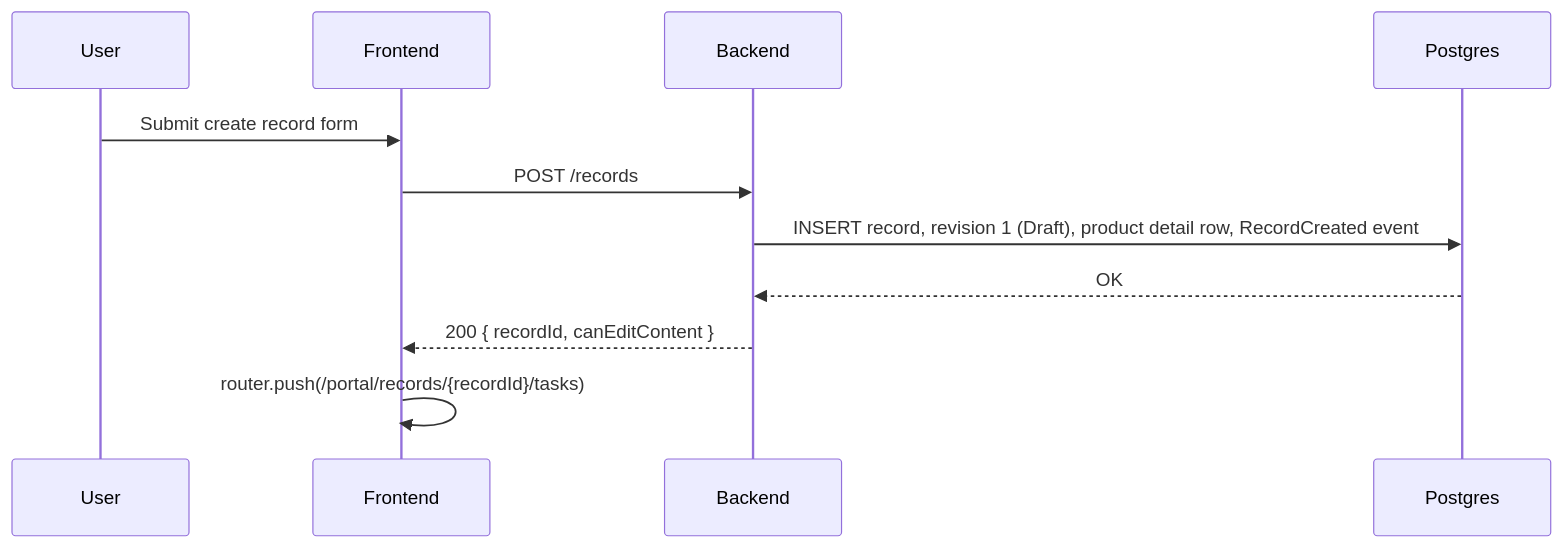
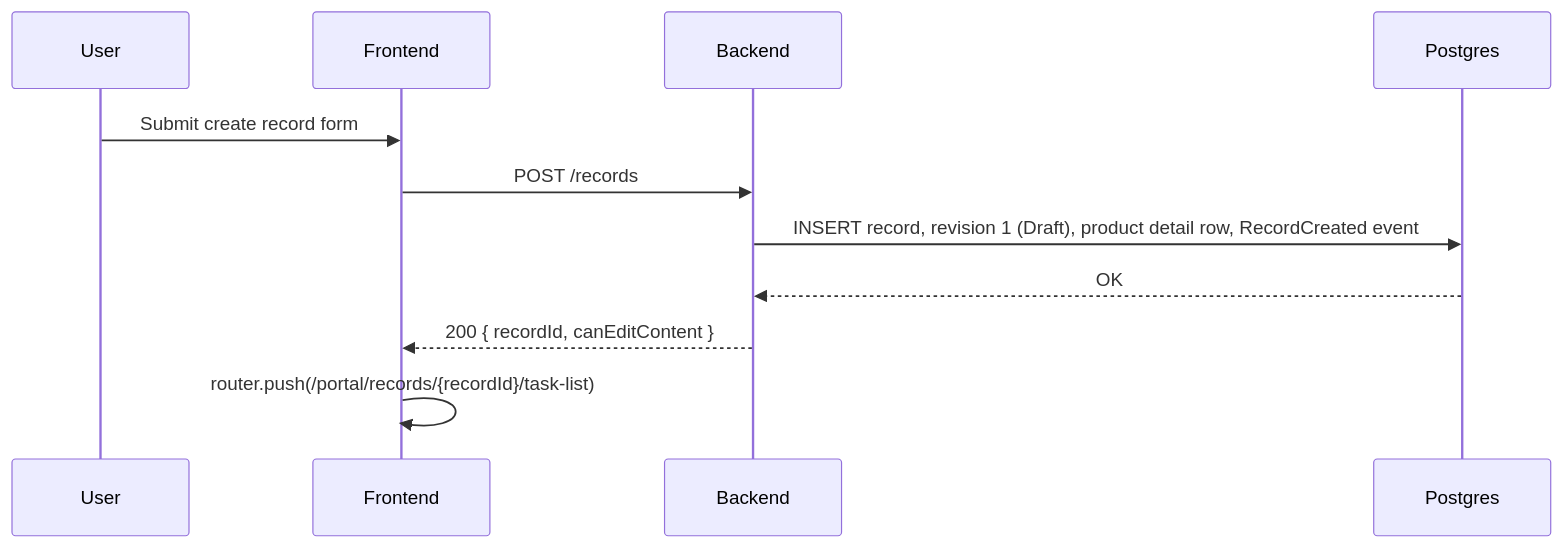
The fourth of 6 diagrams in documentation/form-generation/high-level-design.md (ditnice/aws-UKPS), drawn with Mermaid before and after one commit. The commit also changed other lines of this file and 18 other files, not shown here.

Commit message:
Rename the task list path from tasks to task-list

````diff
--- a/documentation/form-generation/high-level-design.md
+++ b/documentation/form-generation/high-level-design.md
@@ -434,13 +434,13 @@
 ```mermaid
 sequenceDiagram
     participant U as User
     participant F as Frontend
     participant B as Backend
     participant P as Postgres
     U->>F: Submit create record form
     F->>B: POST /records
     B->>P: INSERT record, revision 1 (Draft), product detail row, RecordCreated event
     P-->>B: OK
     B-->>F: 200 { recordId, canEditContent }
-    F->>F: router.push(/portal/records/{recordId}/tasks)
+    F->>F: router.push(/portal/records/{recordId}/task-list)
 ```
````
